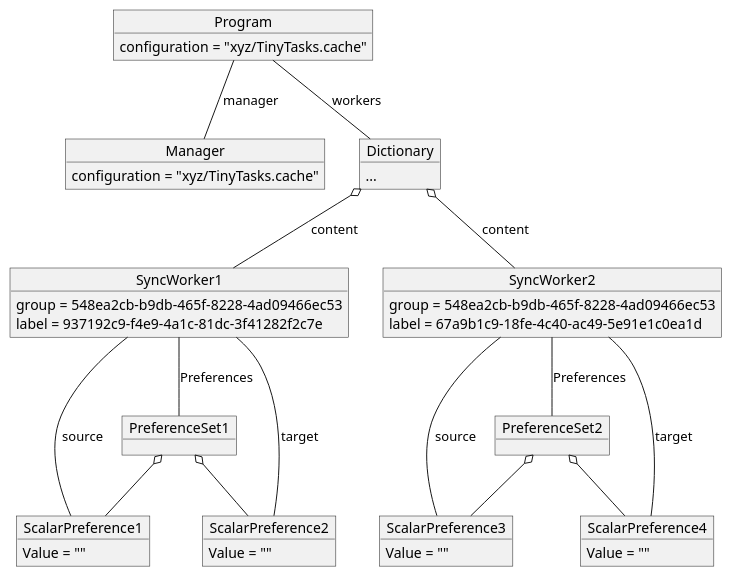
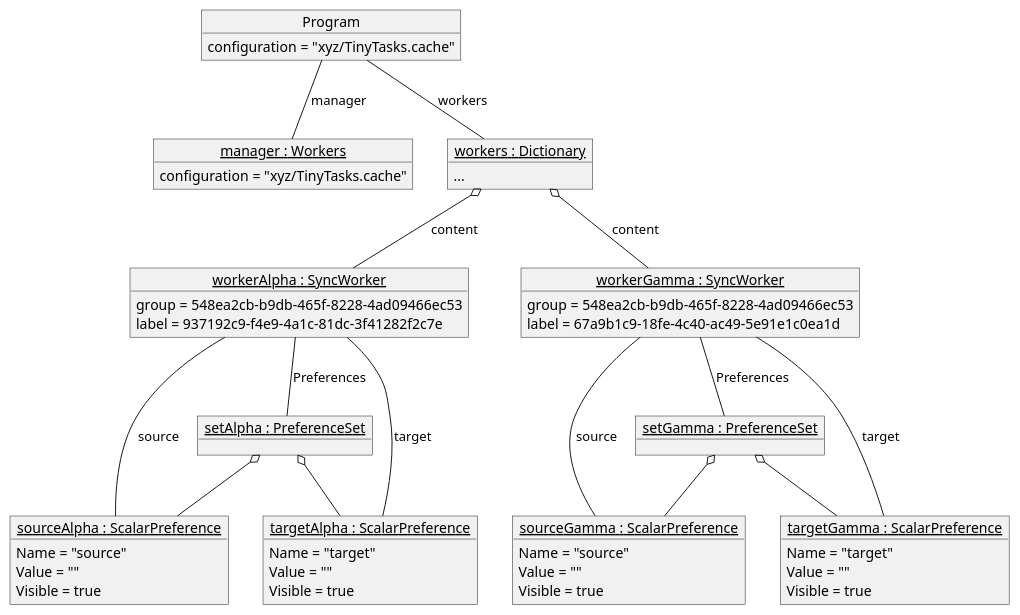
One commit to Louis9902/Sosse19-SE changed the diagram in Diagramme/Objekt/TinyTasks.puml. Above: the diagram before and after it, drawn with PlantUML. The commit also changed 8 other files, not shown here.

```diff
--- a/Diagramme/Objekt/TinyTasks.puml
+++ b/Diagramme/Objekt/TinyTasks.puml
@@ -1,50 +1,69 @@
-@startuml
+@startuml TinyTasks
 
-object Program{
+object Program {
 	configuration = "xyz/TinyTasks.cache"
 }
-object Manager {
+
+object "<u>manager : Workers</u>" as manager {
 	configuration = "xyz/TinyTasks.cache"
 }
-object SyncWorker1{
+
+object "<u>workerAlpha : SyncWorker</u>" as workerAlpha {
 	group = 548ea2cb-b9db-465f-8228-4ad09466ec53
 	label = 937192c9-f4e9-4a1c-81dc-3f41282f2c7e
 }
-object SyncWorker2{
+
+object "<u>workerGamma : SyncWorker</u>" as workerGamma {
 	group = 548ea2cb-b9db-465f-8228-4ad09466ec53
 	label = 67a9b1c9-18fe-4c40-ac49-5e91e1c0ea1d
 }
-object Dictionary{
+
+object "<u>workers : Dictionary</u>" as workers {
 	...
 }
-object PreferenceSet1
-object PreferenceSet2
-object ScalarPreference1{
+
+object "<u>setAlpha : PreferenceSet</u>" as preferenceAlpha
+object "<u>setGamma : PreferenceSet</u>" as preferenceGamma
+
+object "<u>sourceAlpha : ScalarPreference</u>" as sourceAlpha {
+	Name = "source"
 	Value = ""
-}
-object ScalarPreference2{
-	Value = ""
-}
-object ScalarPreference3{
-	Value = ""
-}
-object ScalarPreference4{
-	Value = ""
+	Visible = true
 }
 
-Dictionary o-- SyncWorker1 : content
-Dictionary o-- SyncWorker2 : content
-Program -- Manager : manager
-Program -- Dictionary : workers
-SyncWorker1 -- PreferenceSet1 : Preferences
-PreferenceSet1 o-- ScalarPreference1
-PreferenceSet1 o-- ScalarPreference2
-SyncWorker1 -- ScalarPreference1 : source
-SyncWorker1 -- ScalarPreference2 : target
-SyncWorker2 -- PreferenceSet2 : Preferences
-PreferenceSet2 o-- ScalarPreference3
-PreferenceSet2 o-- ScalarPreference4
-SyncWorker2 -- ScalarPreference3 : source
-SyncWorker2 -- ScalarPreference4 : target
+object "<u>targetAlpha : ScalarPreference</u>" as targetAlpha {
+	Name = "target"
+	Value = ""
+	Visible = true
+}
 
+object "<u>sourceGamma : ScalarPreference</u>" as sourceGamma {
+	Name = "source"
+	Value = ""
+	Visible = true
+}
+
+object "<u>targetGamma : ScalarPreference</u>" as targetGamma {
+	Name = "target"
+	Value = ""
+	Visible = true
+}
+
+Program -- manager : manager
+Program -- workers : workers
+
+workers o-- workerAlpha : content
+workers o-- workerGamma : content
+
+workerAlpha -- preferenceAlpha : Preferences
+preferenceAlpha o-- sourceAlpha 
+preferenceAlpha o-- targetAlpha 
+workerAlpha -- sourceAlpha : source
+workerAlpha -- targetAlpha : target
+
+workerGamma -- preferenceGamma : Preferences
+preferenceGamma o-- sourceGamma
+preferenceGamma o-- targetGamma
+workerGamma -- sourceGamma : source
+workerGamma -- targetGamma : target
 @enduml
```
